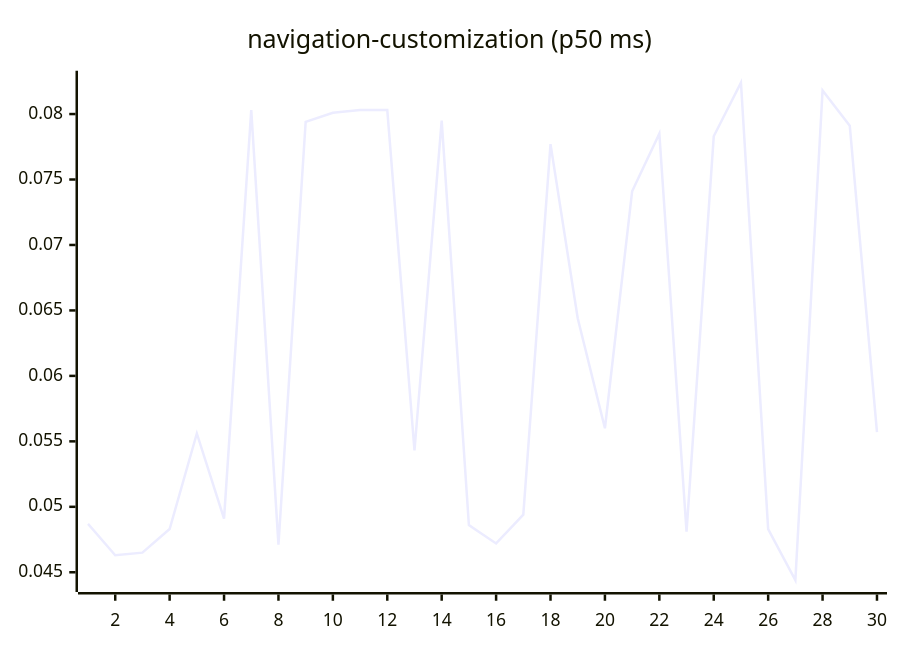
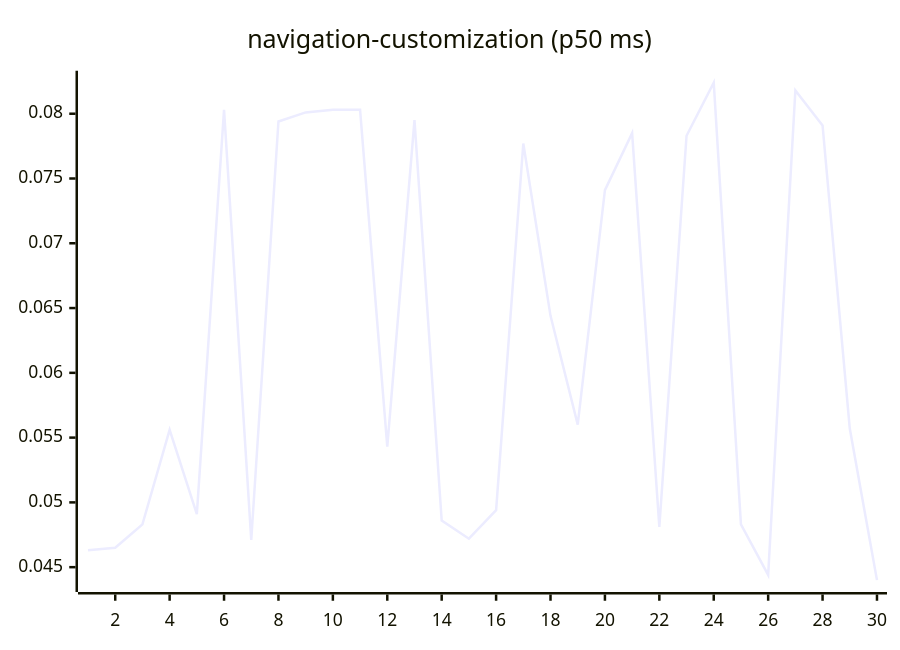
Diagram 15 of 27 in README.md (josha/Facet), drawn with Mermaid before and after one commit. The commit also changed other lines of this file and 2 other files, not shown here.

````diff
--- a/README.md
+++ b/README.md
@@ -161,6 +161,6 @@
 ```mermaid
 xychart-beta
     title "navigation-customization (p50 ms)"
     x-axis 1 --> 30
-    line [0.0487, 0.0463, 0.0465, 0.0483, 0.0556, 0.0491, 0.0803, 0.0471, 0.0794, 0.0801, 0.0803, 0.0803, 0.0543, 0.0795, 0.0486, 0.0472, 0.0494, 0.0777, 0.0644, 0.0560, 0.0741, 0.0785, 0.0481, 0.0783, 0.0824, 0.0483, 0.0444, 0.0818, 0.0791, 0.0557]
+    line [0.0463, 0.0465, 0.0483, 0.0556, 0.0491, 0.0803, 0.0471, 0.0794, 0.0801, 0.0803, 0.0803, 0.0543, 0.0795, 0.0486, 0.0472, 0.0494, 0.0777, 0.0644, 0.0560, 0.0741, 0.0785, 0.0481, 0.0783, 0.0824, 0.0483, 0.0444, 0.0818, 0.0791, 0.0557, 0.0440]
 ```
````
